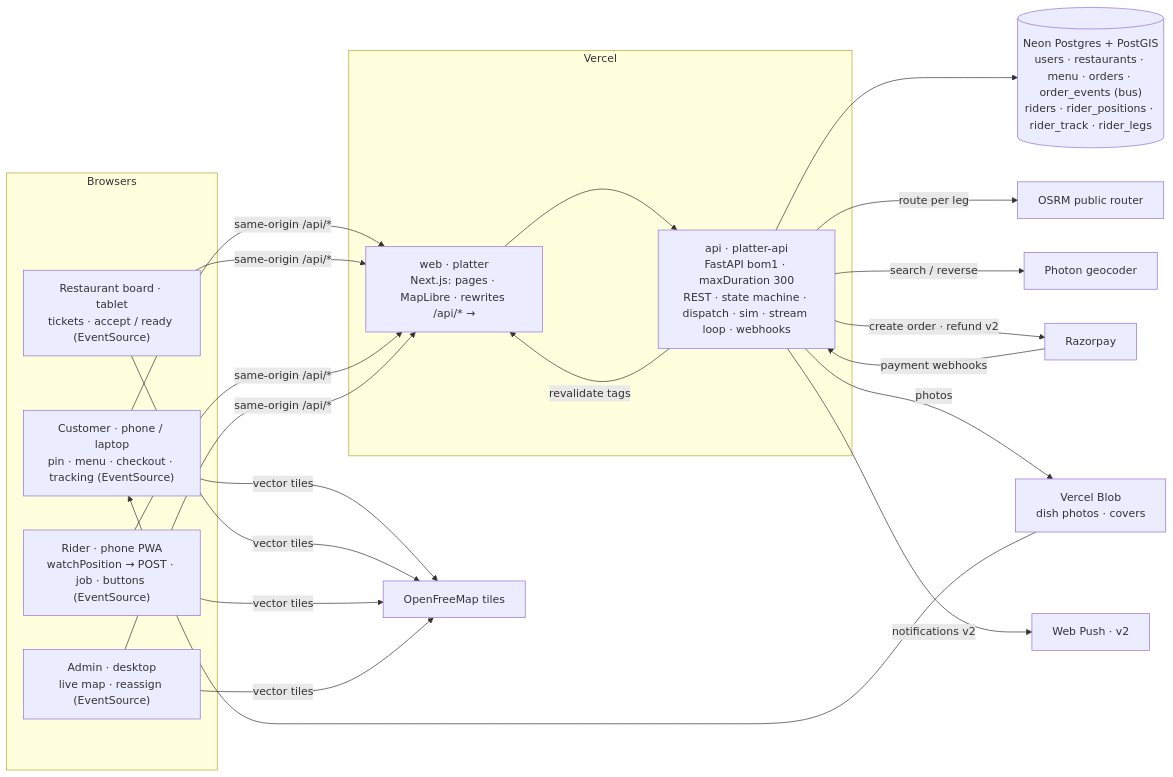
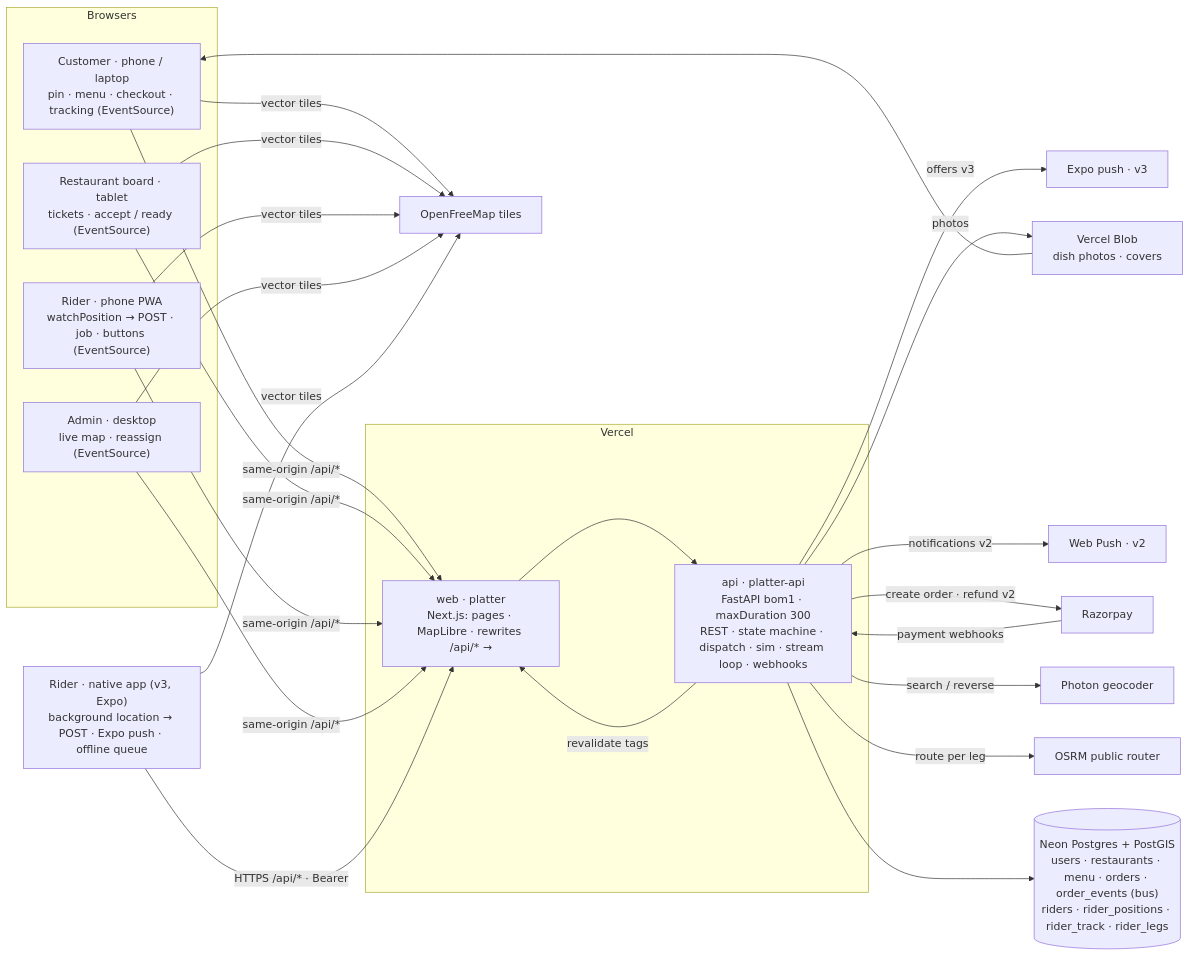
One commit to virajdomadia/platter changed the diagram in docs/05-architecture.md. Above: the diagram before and after it, drawn with Mermaid. The commit also changed other lines of this file and 7 other files, not shown here.

````diff
--- a/docs/05-architecture.md
+++ b/docs/05-architecture.md
@@ -7,31 +7,35 @@
 ```mermaid
 flowchart LR
   subgraph Browsers
     CU["Customer · phone / laptop<br/>pin · menu · checkout · tracking (EventSource)"]
     RB["Restaurant board · tablet<br/>tickets · accept / ready (EventSource)"]
     RD["Rider · phone PWA<br/>watchPosition → POST · job · buttons (EventSource)"]
     AD["Admin · desktop<br/>live map · reassign (EventSource)"]
   end
+  RN["Rider · native app (v3, Expo)<br/>background location → POST · Expo push · offline queue"]
   subgraph Vercel
     WEB[web · platter<br/>Next.js: pages · MapLibre · rewrites /api/* →]
     API[api · platter-api<br/>FastAPI bom1 · maxDuration 300<br/>REST · state machine · dispatch · sim · stream loop · webhooks]
   end
   PG[("Neon Postgres + PostGIS<br/>users · restaurants · menu · orders · order_events (bus)<br/>riders · rider_positions · rider_track · rider_legs")]
   BL[Vercel Blob<br/>dish photos · covers]
   OFM[OpenFreeMap tiles]
   OSRM[OSRM public router]
   PH[Photon geocoder]
   RZ[Razorpay]
   WP[Web Push · v2]
 
   CU & RB & RD & AD -->|same-origin /api/*| WEB --> API
   CU & RB & RD & AD -->|vector tiles| OFM
   API --> PG
   API -->|route per leg| OSRM
   API -->|search / reverse| PH
   API -->|create order · refund v2| RZ
   RZ -->|payment webhooks| API
   API -->|photos| BL --> CU
   API -->|revalidate tags| WEB
   API -->|notifications v2| WP
+  RN -->|HTTPS /api/* · Bearer| WEB
+  RN -->|vector tiles| OFM
+  API -->|offers v3| EXP[Expo push · v3]
 ```
````
